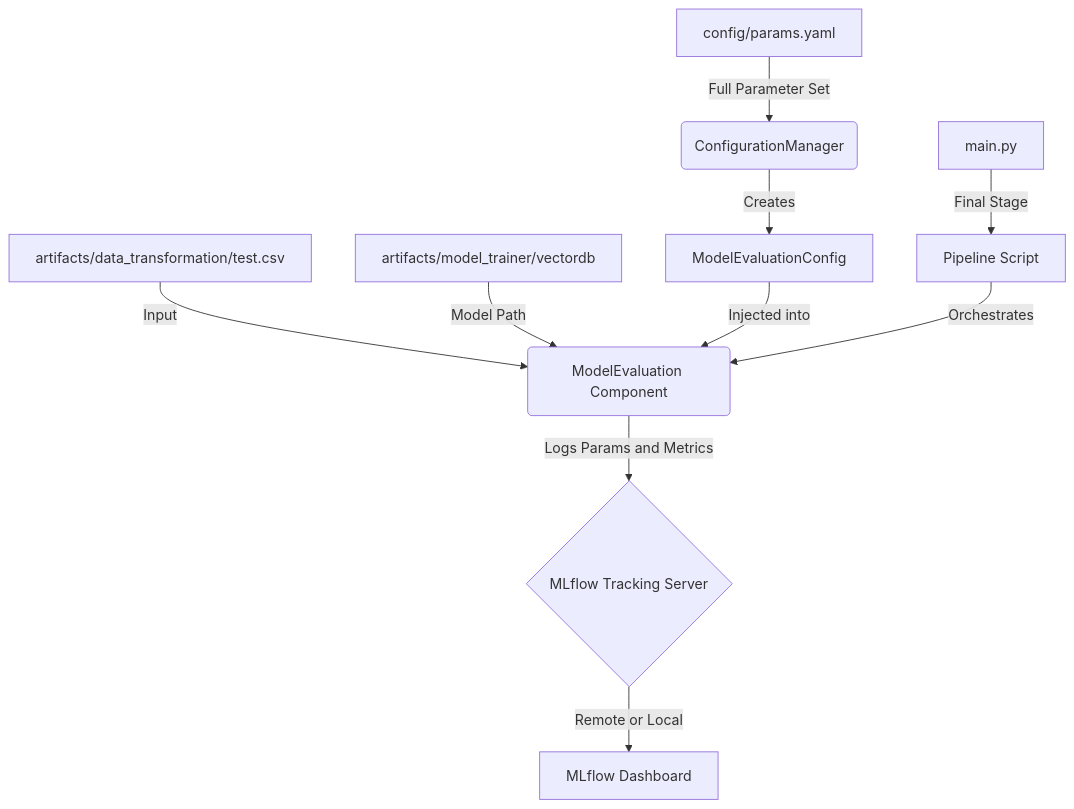
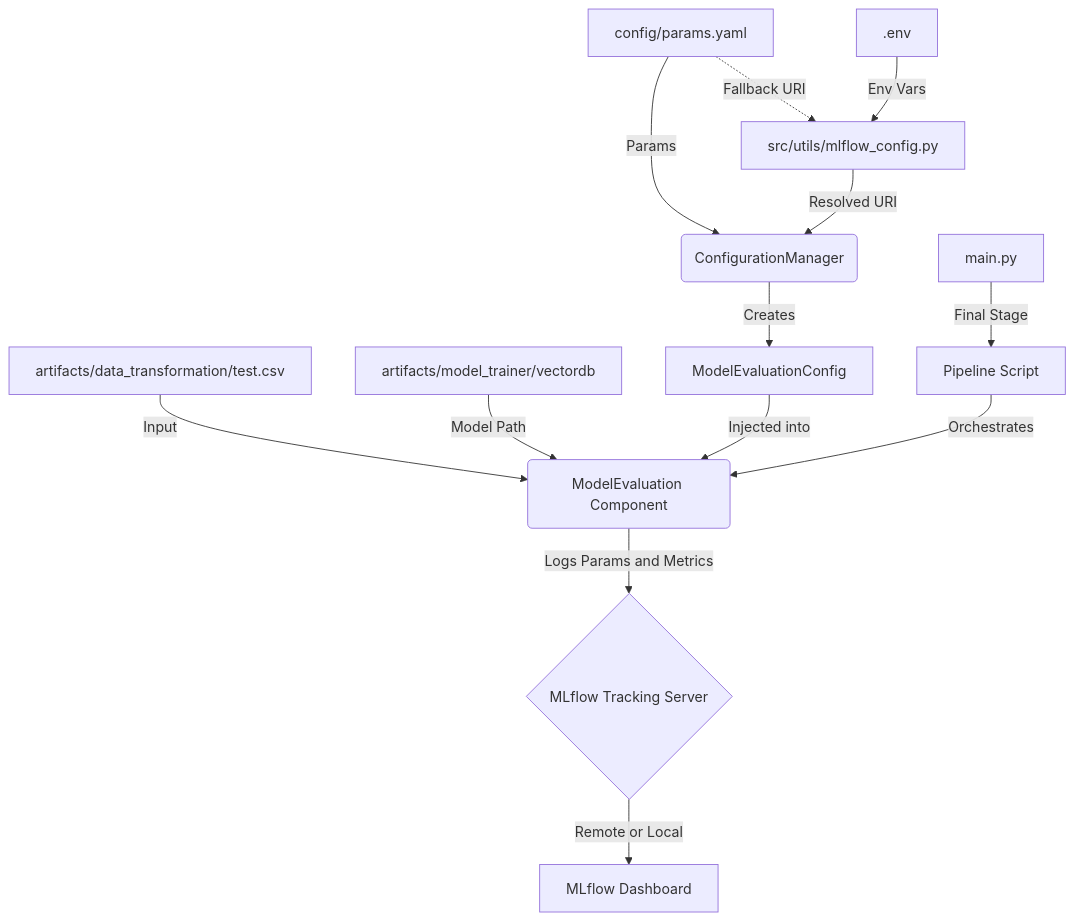
One commit to SebastianGarrido2790/hybrid-book-recommender changed the diagram in reports/docs/stage_06_evaluation_report.md. Above: the diagram before and after it, drawn with Mermaid. The commit also changed other lines of this file and 5 other files, not shown here.

````diff
--- a/reports/docs/stage_06_evaluation_report.md
+++ b/reports/docs/stage_06_evaluation_report.md
@@ -12,12 +12,15 @@
 ```mermaid
 graph TD
     A["artifacts/data_transformation/test.csv"] -->|Input| B(ModelEvaluation Component)
     C["artifacts/model_trainer/vectordb"] -->|Model Path| B
-    D["config/params.yaml"] -->|Full Parameter Set| E(ConfigurationManager)
+    D["config/params.yaml"] -->|Params| E(ConfigurationManager)
+    K[".env"] -->|Env Vars| L["src/utils/mlflow_config.py"]
+    D -.->|Fallback URI| L
+    L -->|Resolved URI| E
     E -->|Creates| F[ModelEvaluationConfig]
     F -->|Injected into| B
     B -->|Logs Params and Metrics| G{MLflow Tracking Server}
     G -->|Remote or Local| H["MLflow Dashboard"]
     I["Pipeline Script"] -->|Orchestrates| B
     J["main.py"] -->|Final Stage| I
 ```
````
